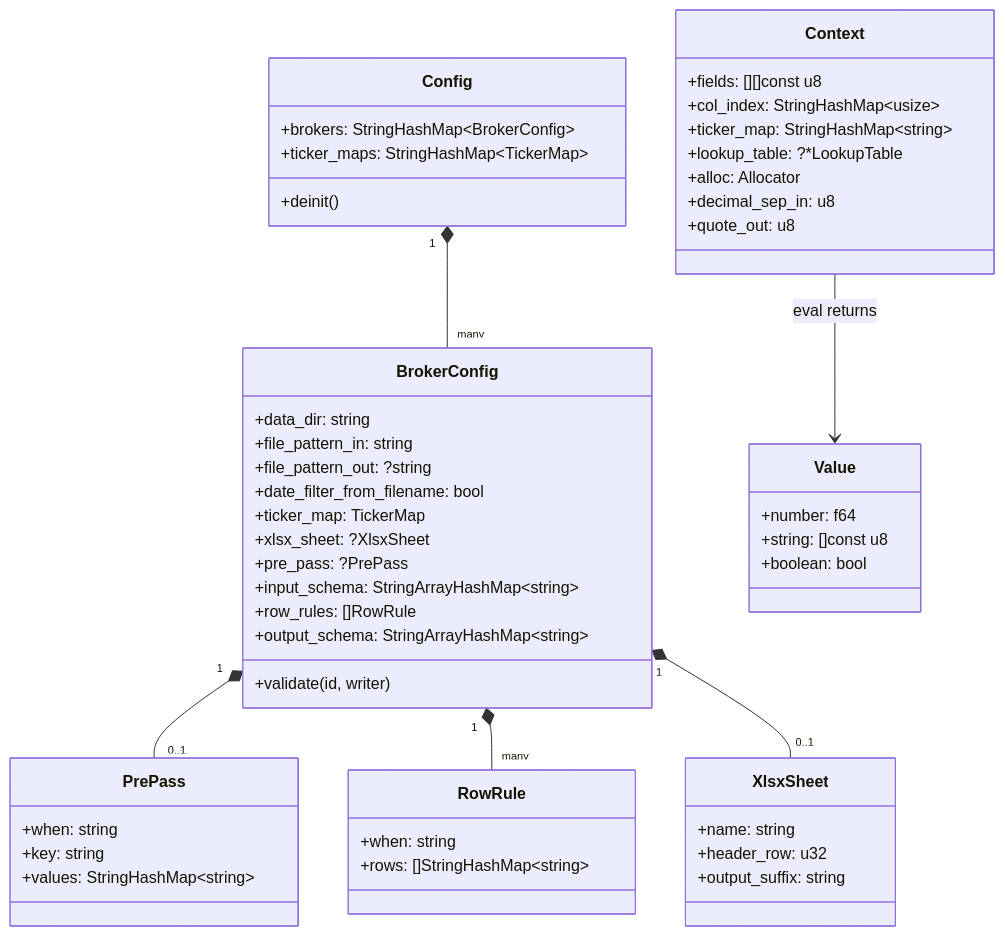
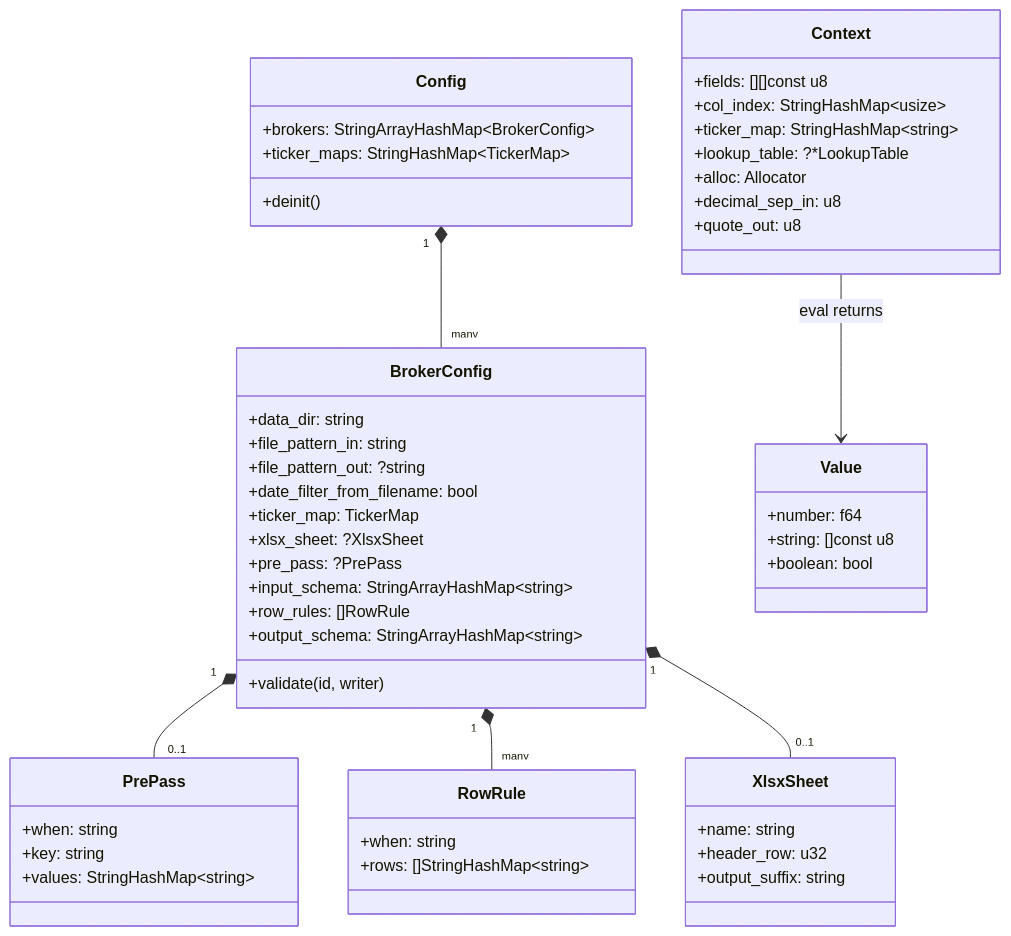
One commit to zaxified/bxp changed the sixth of 6 diagrams in docs/architecture.md. Above: the diagram before and after it, drawn with Mermaid. The commit also changed 3 other files, not shown here.

````diff
--- a/docs/architecture.md
+++ b/docs/architecture.md
@@ -227,61 +227,61 @@
 ```mermaid
 classDiagram
     class Config {
-        +brokers: StringHashMap~BrokerConfig~
+        +brokers: StringArrayHashMap~BrokerConfig~
         +ticker_maps: StringHashMap~TickerMap~
         +deinit()
     }
 
     class BrokerConfig {
         +data_dir: string
         +file_pattern_in: string
         +file_pattern_out: ?string
         +date_filter_from_filename: bool
         +ticker_map: TickerMap
         +xlsx_sheet: ?XlsxSheet
         +pre_pass: ?PrePass
         +input_schema: StringArrayHashMap~string~
         +row_rules: []RowRule
         +output_schema: StringArrayHashMap~string~
         +validate(id, writer)
     }
 
     class PrePass {
         +when: string
         +key: string
         +values: StringHashMap~string~
     }
 
     class RowRule {
         +when: string
         +rows: []StringHashMap~string~
     }
 
     class XlsxSheet {
         +name: string
         +header_row: u32
         +output_suffix: string
     }
 
     class Value {
         +number: f64
         +string: []const u8
         +boolean: bool
     }
 
     class Context {
         +fields: [][]const u8
         +col_index: StringHashMap~usize~
         +ticker_map: StringHashMap~string~
         +lookup_table: ?*LookupTable
         +alloc: Allocator
         +decimal_sep_in: u8
         +quote_out: u8
     }
 
     Config "1" *-- "many" BrokerConfig
     BrokerConfig "1" *-- "0..1" PrePass
     BrokerConfig "1" *-- "many" RowRule
     BrokerConfig "1" *-- "0..1" XlsxSheet
     Context --> Value : eval returns
 ```
````
